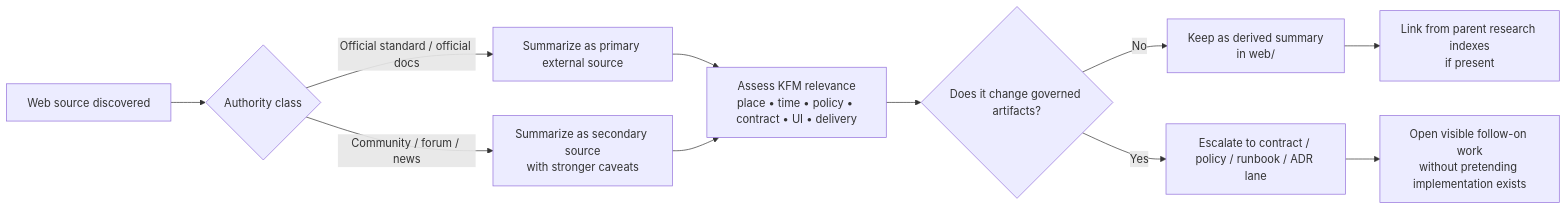
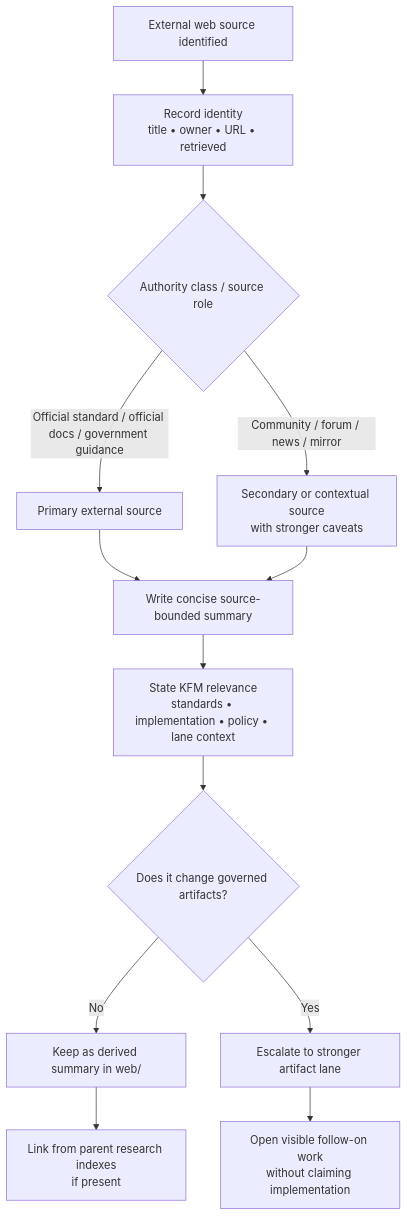
Before and after one commit to bartytime4life/Kansas-Frontier-Matrix: the diagram in docs/research/source_summaries/by_type/web/README.md, drawn with Mermaid. The commit also changed other lines of this file, not shown here.

````diff
--- a/docs/research/source_summaries/by_type/web/README.md
+++ b/docs/research/source_summaries/by_type/web/README.md
@@ -158,13 +193,15 @@
 ```mermaid
-flowchart LR
-    A[Web source discovered] --> B{Authority class}
-    B -->|Official standard / official docs| C[Summarize as primary external source]
-    B -->|Community / forum / news| D[Summarize as secondary source\nwith stronger caveats]
-    C --> E[Assess KFM relevance\nplace • time • policy • contract • UI • delivery]
-    D --> E
-    E --> F{Does it change governed artifacts?}
-    F -->|No| G[Keep as derived summary\nin web/]
-    F -->|Yes| H[Escalate to contract / policy / runbook / ADR lane]
-    G --> I[Link from parent research indexes\nif present]
-    H --> J[Open visible follow-on work\nwithout pretending implementation exists]
+flowchart TD
+    A[External web source identified] --> B[Record identity<br/>title • owner • URL • retrieved]
+    B --> C{Authority class / source role}
+    C -->|Official standard / official docs / government guidance| D[Primary external source]
+    C -->|Community / forum / news / mirror| E[Secondary or contextual source<br/>with stronger caveats]
+    D --> F[Write concise source-bounded summary]
+    E --> F
+    F --> G[State KFM relevance<br/>standards • implementation • policy • lane context]
+    G --> H{Does it change governed artifacts?}
+    H -->|No| I[Keep as derived summary in web/]
+    H -->|Yes| J[Escalate to stronger artifact lane]
+    I --> K[Link from parent research indexes<br/>if present]
+    J --> L[Open visible follow-on work<br/>without claiming implementation]
 ```
````
